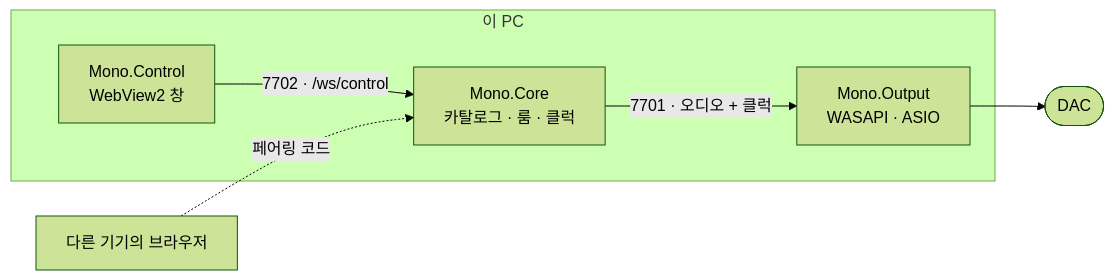
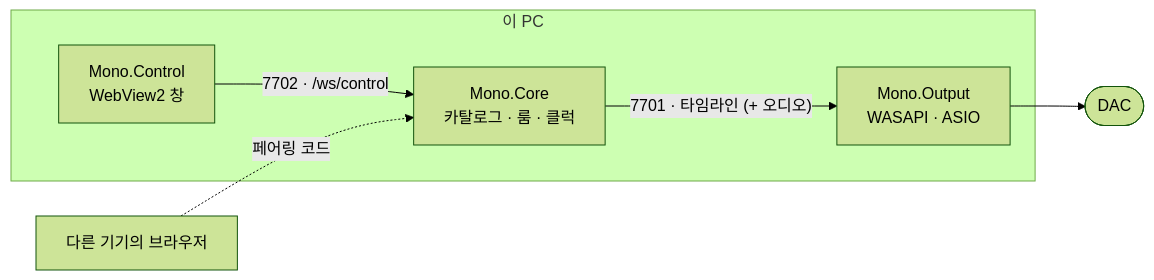
Before and after one commit to GabrielJung0727/music-program: the diagram in README.md, drawn with Mermaid (forest theme). The commit also changed other lines of this file and 7 other files, not shown here.

````diff
--- a/README.md
+++ b/README.md
@@ -81,15 +156,15 @@
 ```mermaid
 flowchart LR
     subgraph PC["이 PC"]
         Control["Mono.Control<br/>WebView2 창"]
         Core["Mono.Core<br/>카탈로그 · 룸 · 클럭"]
         Output["Mono.Output<br/>WASAPI · ASIO"]
     end
     Remote["다른 기기의 브라우저"]
     DAC(["DAC"])
 
     Control -- "7702 · /ws/control" --> Core
-    Core -- "7701 · 오디오 + 클럭" --> Output
+    Core -- "7701 · 타임라인 (+ 오디오)" --> Output
     Output --> DAC
     Remote -. "페어링 코드" .-> Core
 ```
````
